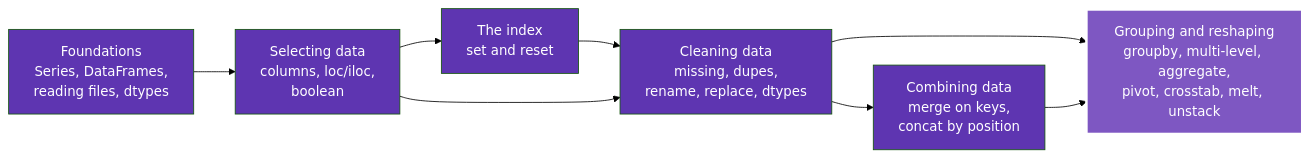
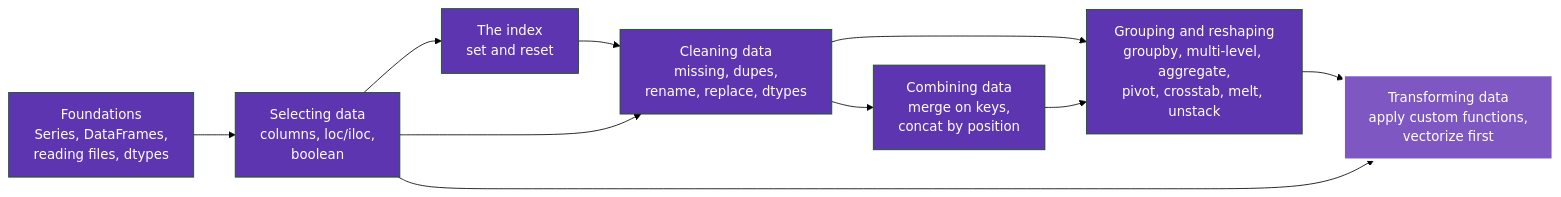
One commit to karywnl/pandas changed the diagram in docs/index.md. Above: the diagram before and after it, drawn with Mermaid (forest theme). The commit also changed 4 other files, not shown here.

````diff
--- a/docs/index.md
+++ b/docs/index.md
@@ -16,16 +16,19 @@
 ```mermaid
 flowchart LR
     F["Foundations<br/>Series, DataFrames,<br/>reading files, dtypes"] --> SEL["Selecting data<br/>columns, loc/iloc,<br/>boolean"]
     SEL --> IDX["The index<br/>set and reset"]
     IDX --> CLEAN["Cleaning data<br/>missing, dupes,<br/>rename, replace, dtypes"]
     CLEAN --> GRP["Grouping and reshaping<br/>groupby, multi-level, aggregate,<br/>pivot, crosstab, melt, unstack"]
     SEL --> CLEAN
     CLEAN --> COMB["Combining data<br/>merge on keys,<br/>concat by position"]
     COMB --> GRP
+    GRP --> TRANS["Transforming data<br/>apply custom functions,<br/>vectorize first"]
+    SEL --> TRANS
     style F fill:#5e35b1,color:#fff
     style SEL fill:#5e35b1,color:#fff
     style IDX fill:#5e35b1,color:#fff
     style CLEAN fill:#5e35b1,color:#fff
-    style GRP fill:#7e57c2,color:#fff,stroke:#fff,stroke-width:3px
+    style GRP fill:#5e35b1,color:#fff
     style COMB fill:#5e35b1,color:#fff
+    style TRANS fill:#7e57c2,color:#fff,stroke:#fff,stroke-width:3px
 ```
````
